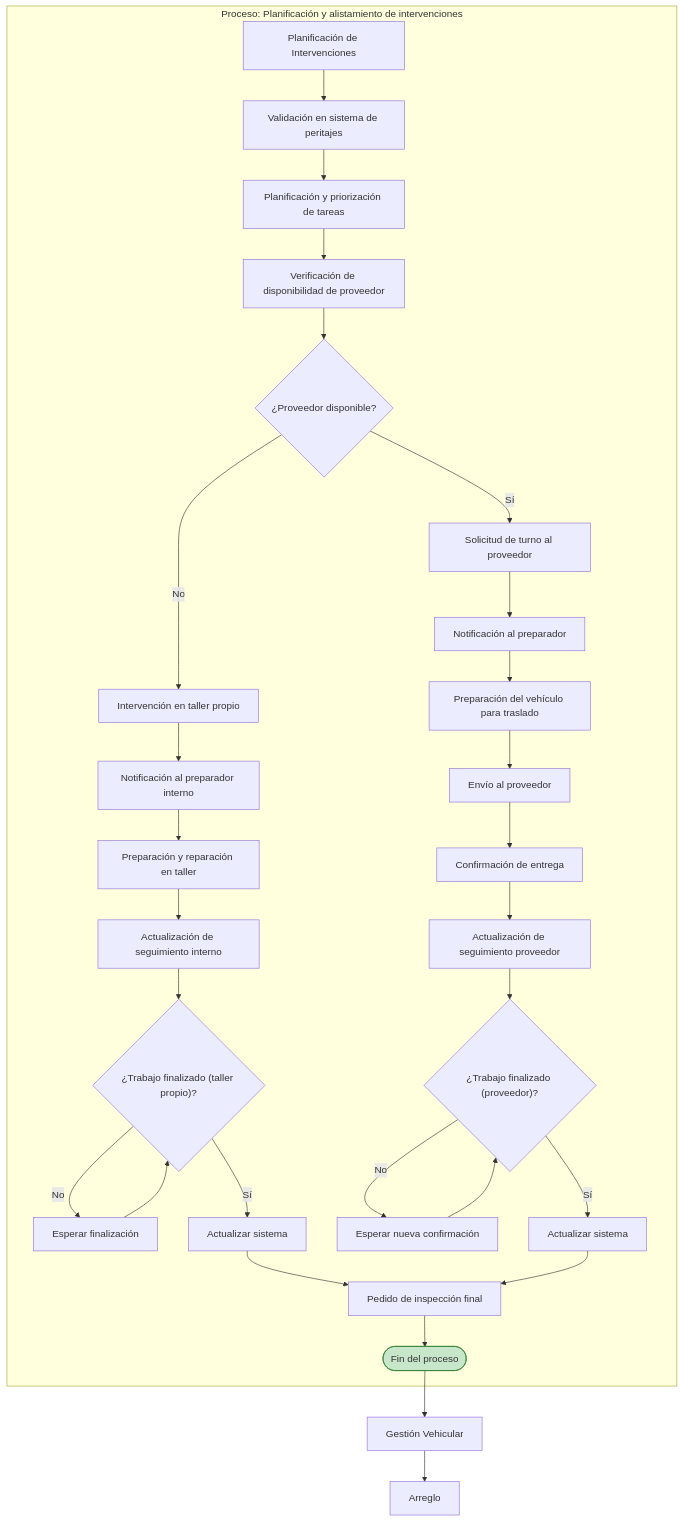
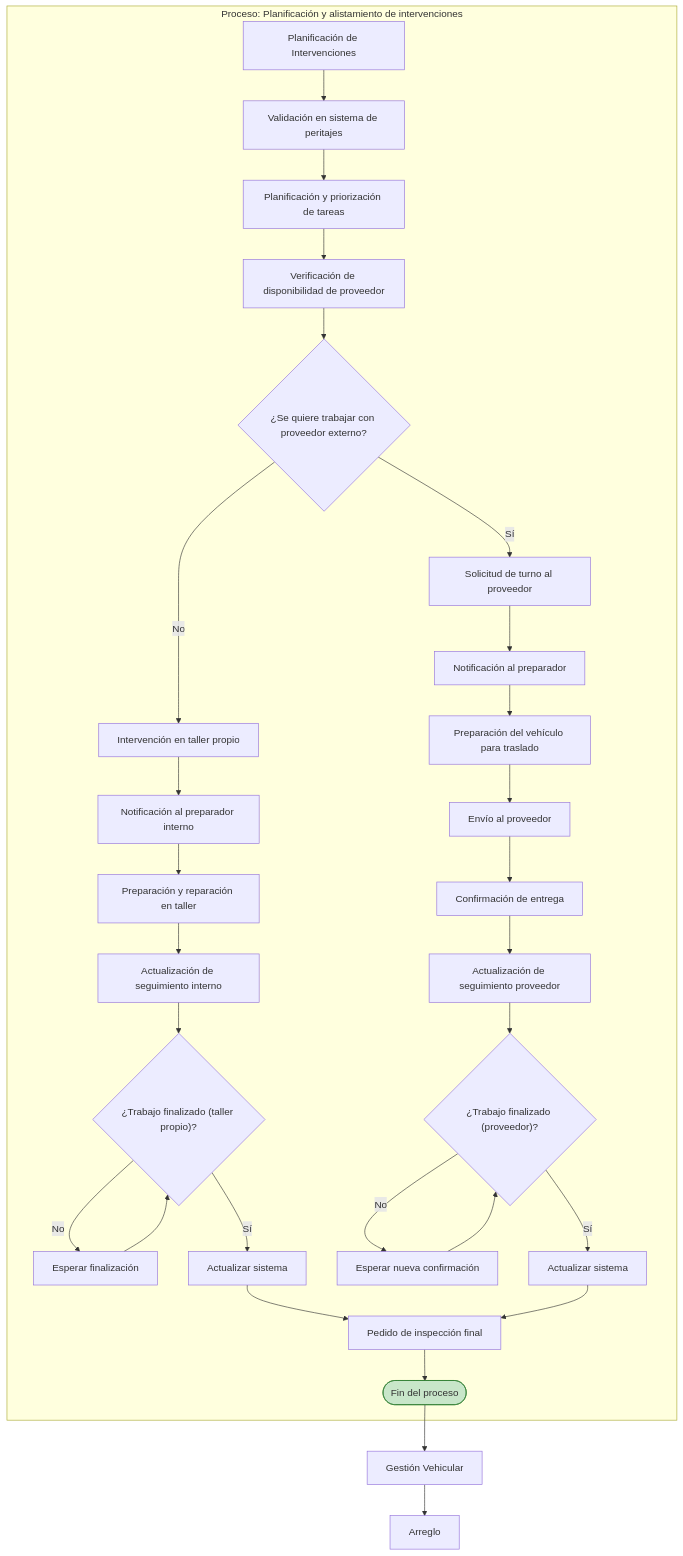
Before and after one commit to tomasbacigalupo-tintin/ProcesosOperativos: the diagram in Mapa de Procesos/Planificacion y Alistamiento de Intervenciones.mermaid, drawn with Mermaid.

Commit message:
Update Planificacion y Alistamiento de Intervenciones.mermaid

```diff
--- a/Mapa de Procesos/Planificacion y Alistamiento de Intervenciones.mermaid
+++ b/Mapa de Procesos/Planificacion y Alistamiento de Intervenciones.mermaid
@@ -1,44 +1,44 @@
 flowchart TD
   %% Estilos
   classDef fin_exito fill:#c8e6c9,stroke:#2e7d32;
   classDef fin_error fill:#ffcdd2,stroke:#c62828;
 
   %% Subproceso: Planificación y alistamiento de intervenciones
   subgraph P2["Proceso: Planificación y alistamiento de intervenciones"]
     PLAN["Planificación de Intervenciones"] --> validacion["Validación en sistema de peritajes"]
     validacion --> planifica["Planificación y priorización de tareas"]
     planifica --> checkProv["Verificación de disponibilidad de proveedor"]
-    checkProv --> provDisponible{"¿Proveedor disponible?"}
+    checkProv --> provDisponible{"¿Se quiere trabajar con proveedor externo?"}
 
     %% Ruta taller propio
     provDisponible -- No --> tallerPropio["Intervención en taller propio"]
     tallerPropio --> notificaInt["Notificación al preparador interno"]
     notificaInt --> preparaInt["Preparación y reparación en taller"]
     preparaInt --> seguimientoInt["Actualización de seguimiento interno"]
     seguimientoInt --> confirmaInt{"¿Trabajo finalizado (taller propio)?"}
     confirmaInt -- No --> esperaInt["Esperar finalización"]
     esperaInt --> confirmaInt
     confirmaInt -- Sí --> actualizaSis1["Actualizar sistema"]
 
     %% Ruta proveedor externo
     provDisponible -- Sí --> solicitaProv["Solicitud de turno al proveedor"]
     solicitaProv --> notificaProv["Notificación al preparador"]
     notificaProv --> preparaVeh["Preparación del vehículo para traslado"]
     preparaVeh --> envio["Envío al proveedor"]
     envio --> confirmaEnt["Confirmación de entrega"]
     confirmaEnt --> seguimientoProv["Actualización de seguimiento proveedor"]
     seguimientoProv --> confirmaProv{"¿Trabajo finalizado (proveedor)?"}
     confirmaProv -- No --> esperaProv["Esperar nueva confirmación"]
     esperaProv --> confirmaProv
     confirmaProv -- Sí --> actualizaSis2["Actualizar sistema"]
 
     %% Convergencia y fin de subproceso
     actualizaSis1 --> inspeccion["Pedido de inspección final"]
     actualizaSis2 --> inspeccion
     inspeccion --> P2_Fin(["Fin del proceso"])
     class P2_Fin fin_exito
   end
 
   %% Conexión al flujo general
   P2_Fin --> GEST["Gestión Vehicular"]
   GEST --> TALLER["Arreglo"]
```
